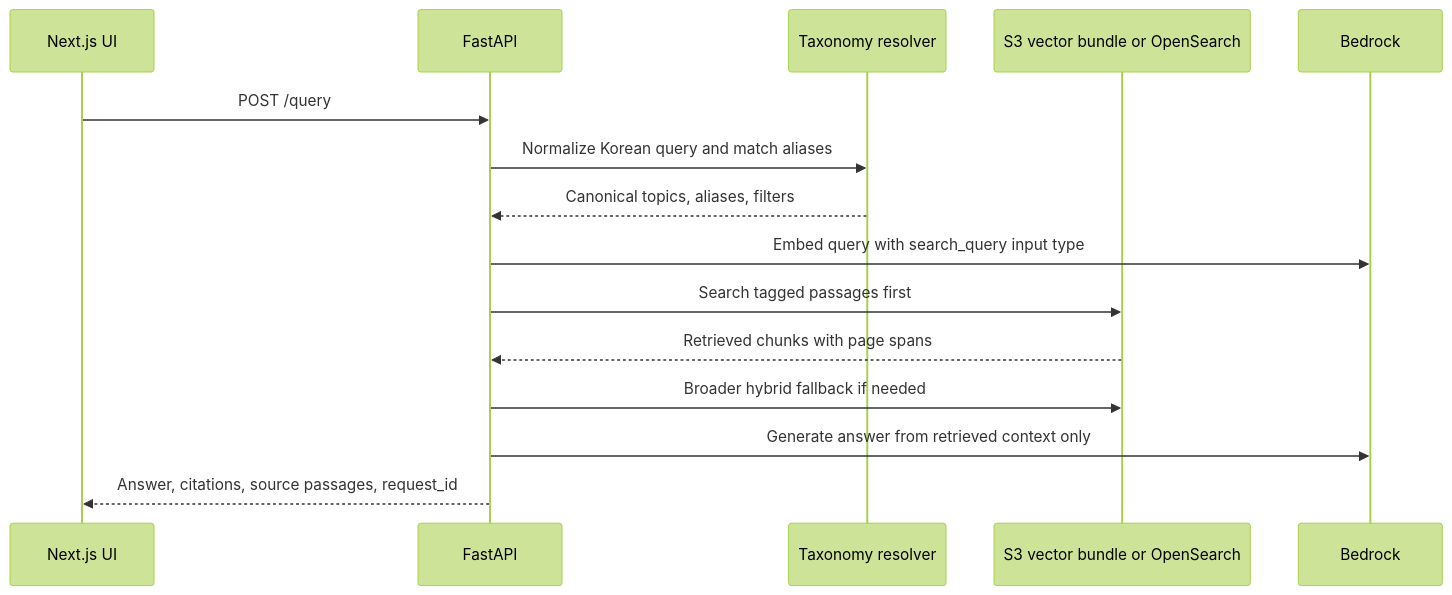
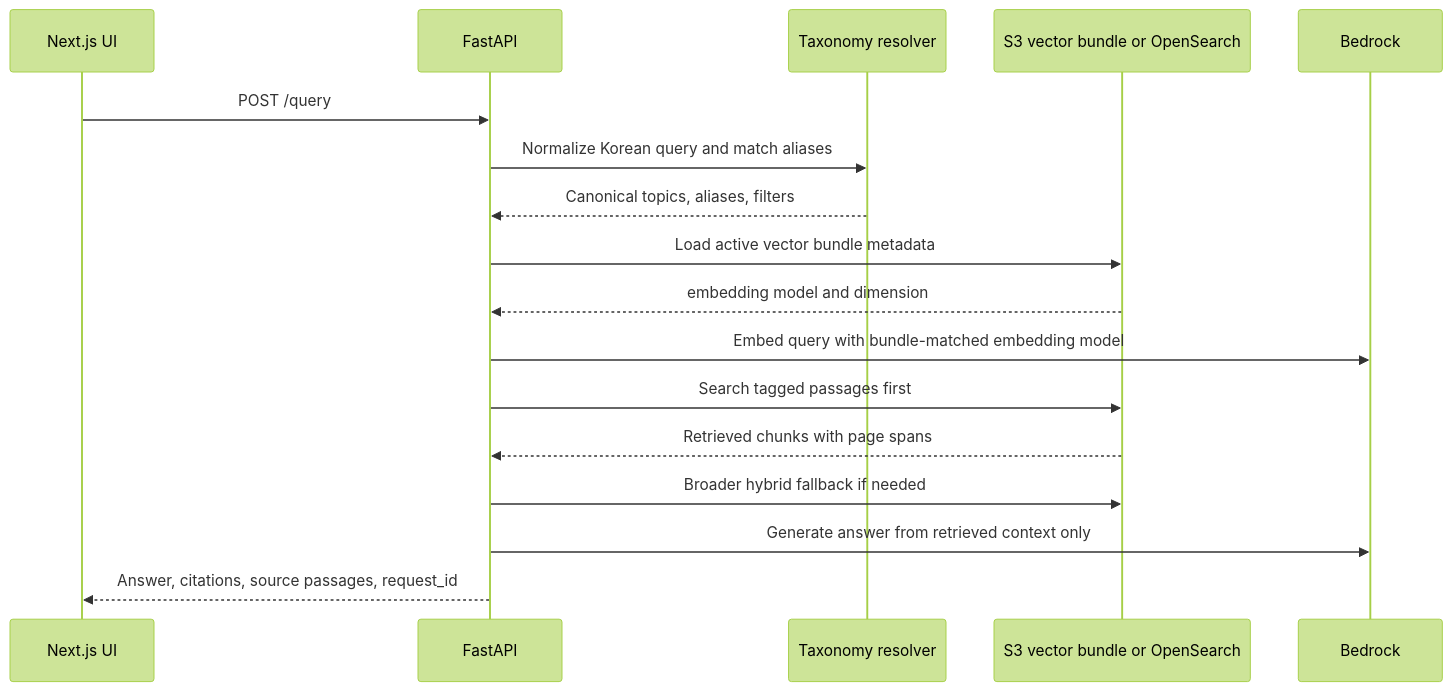
One commit to manynames3/health1004 changed the second of 3 diagrams in docs/architecture.md. Above: the diagram before and after it, drawn with Mermaid (forest theme). The commit also changed other lines of this file and 12 other files, not shown here.

````diff
--- a/docs/architecture.md
+++ b/docs/architecture.md
@@ -50,18 +50,20 @@
 ```mermaid
 sequenceDiagram
     participant UI as Next.js UI
     participant API as FastAPI
     participant Tax as Taxonomy resolver
     participant Store as S3 vector bundle or OpenSearch
     participant BR as Bedrock
 
     UI->>API: POST /query
     API->>Tax: Normalize Korean query and match aliases
     Tax-->>API: Canonical topics, aliases, filters
-    API->>BR: Embed query with search_query input type
+    API->>Store: Load active vector bundle metadata
+    Store-->>API: embedding model and dimension
+    API->>BR: Embed query with bundle-matched embedding model
     API->>Store: Search tagged passages first
     Store-->>API: Retrieved chunks with page spans
     API->>Store: Broader hybrid fallback if needed
     API->>BR: Generate answer from retrieved context only
     API-->>UI: Answer, citations, source passages, request_id
 ```
````
